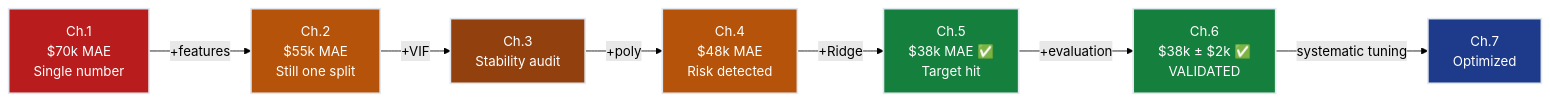
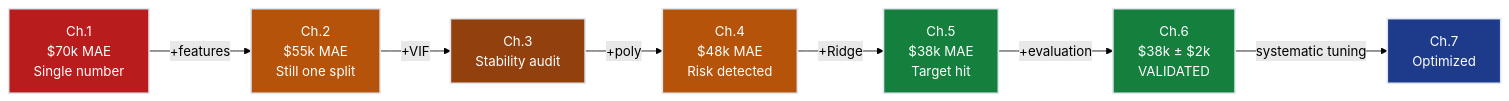
Before and after one commit to dsgouda7/ai-portfolio: the sixth of 6 diagrams in notes/01-ml/01-regression/ch06_metrics/README.md, drawn with Mermaid (forest theme). The commit also changed other lines of this file and 179 other files, not shown here.

````diff
--- a/notes/01-ml/01-regression/ch06_metrics/README.md
+++ b/notes/01-ml/01-regression/ch06_metrics/README.md
@@ -645,17 +643,17 @@
 ```mermaid
 flowchart LR
-    CH1["Ch.1<br/>$70k MAE<br/>Single number"] -->|"+features"| CH2["Ch.2<br/>$55k MAE<br/>Still one split"]
-    CH2 -->|"+VIF"| CH3["Ch.3<br/>Stability audit"]
-    CH3 -->|"+poly"| CH4["Ch.4<br/>$48k MAE<br/>Risk detected"]
-    CH4 -->|"+Ridge"| CH5["Ch.5<br/>$38k MAE ✅<br/>Target hit"]
-    CH5 -->|"+evaluation"| CH6["Ch.6<br/>$38k ± $2k ✅<br/>VALIDATED"]
-    CH6 -->|"systematic tuning"| CH7["Ch.7<br/>Optimized"]
+ CH1["Ch.1<br/>$70k MAE<br/>Single number"] -->|"+features"| CH2["Ch.2<br/>$55k MAE<br/>Still one split"]
+ CH2 -->|"+VIF"| CH3["Ch.3<br/>Stability audit"]
+ CH3 -->|"+poly"| CH4["Ch.4<br/>$48k MAE<br/>Risk detected"]
+ CH4 -->|"+Ridge"| CH5["Ch.5<br/>$38k MAE <br/>Target hit"]
+ CH5 -->|"+evaluation"| CH6["Ch.6<br/>$38k ± $2k <br/>VALIDATED"]
+ CH6 -->|"systematic tuning"| CH7["Ch.7<br/>Optimized"]
 
-    style CH1 fill:#b91c1c,stroke:#e2e8f0,stroke-width:2px,color:#ffffff
-    style CH2 fill:#b45309,stroke:#e2e8f0,stroke-width:2px,color:#ffffff
-    style CH3 fill:#92400e,stroke:#e2e8f0,stroke-width:2px,color:#ffffff
-    style CH4 fill:#b45309,stroke:#e2e8f0,stroke-width:2px,color:#ffffff
-    style CH5 fill:#15803d,stroke:#e2e8f0,stroke-width:2px,color:#ffffff
-    style CH6 fill:#15803d,stroke:#e2e8f0,stroke-width:2px,color:#ffffff
-    style CH7 fill:#1e3a8a,stroke:#e2e8f0,stroke-width:2px,color:#ffffff
+ style CH1 fill:#b91c1c,stroke:#e2e8f0,stroke-width:2px,color:#ffffff
+ style CH2 fill:#b45309,stroke:#e2e8f0,stroke-width:2px,color:#ffffff
+ style CH3 fill:#92400e,stroke:#e2e8f0,stroke-width:2px,color:#ffffff
+ style CH4 fill:#b45309,stroke:#e2e8f0,stroke-width:2px,color:#ffffff
+ style CH5 fill:#15803d,stroke:#e2e8f0,stroke-width:2px,color:#ffffff
+ style CH6 fill:#15803d,stroke:#e2e8f0,stroke-width:2px,color:#ffffff
+ style CH7 fill:#1e3a8a,stroke:#e2e8f0,stroke-width:2px,color:#ffffff
 ```
````
